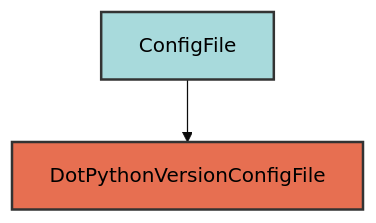
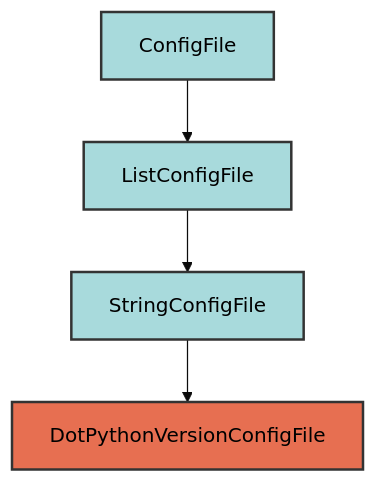
The diagram in docs/configs/dot_python_version.md (Winipedia/pyrig), drawn with Mermaid (base theme) before and after one commit. The commit also changed other lines of this file and 3 other files, not shown here.

````diff
--- a/docs/configs/dot_python_version.md
+++ b/docs/configs/dot_python_version.md
@@ -18,7 +18,11 @@
 ```mermaid
 graph TD
-    A[ConfigFile] --> B[DotPythonVersionConfigFile]
+    A[ConfigFile] --> B[ListConfigFile]
+    B --> C[StringConfigFile]
+    C --> D[DotPythonVersionConfigFile]
 
     style A fill:#a8dadc,stroke:#333,stroke-width:2px,color:#000
-    style B fill:#e76f51,stroke:#333,stroke-width:2px,color:#000
+    style B fill:#a8dadc,stroke:#333,stroke-width:2px,color:#000
+    style C fill:#a8dadc,stroke:#333,stroke-width:2px,color:#000
+    style D fill:#e76f51,stroke:#333,stroke-width:2px,color:#000
 ```
````
